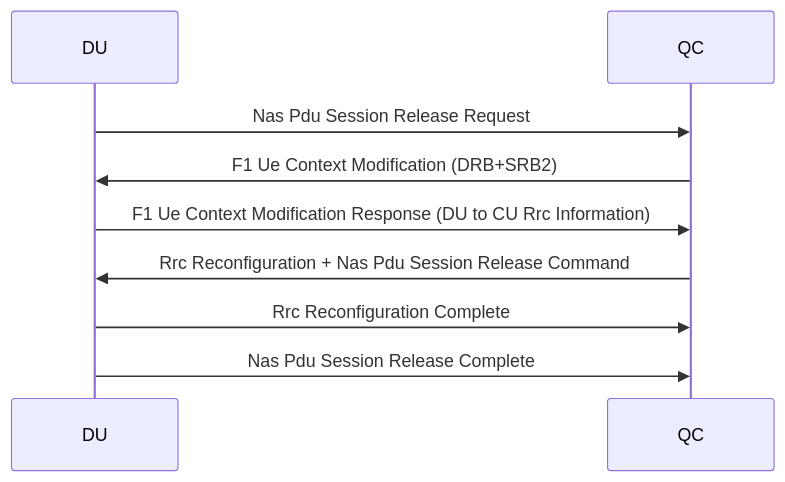
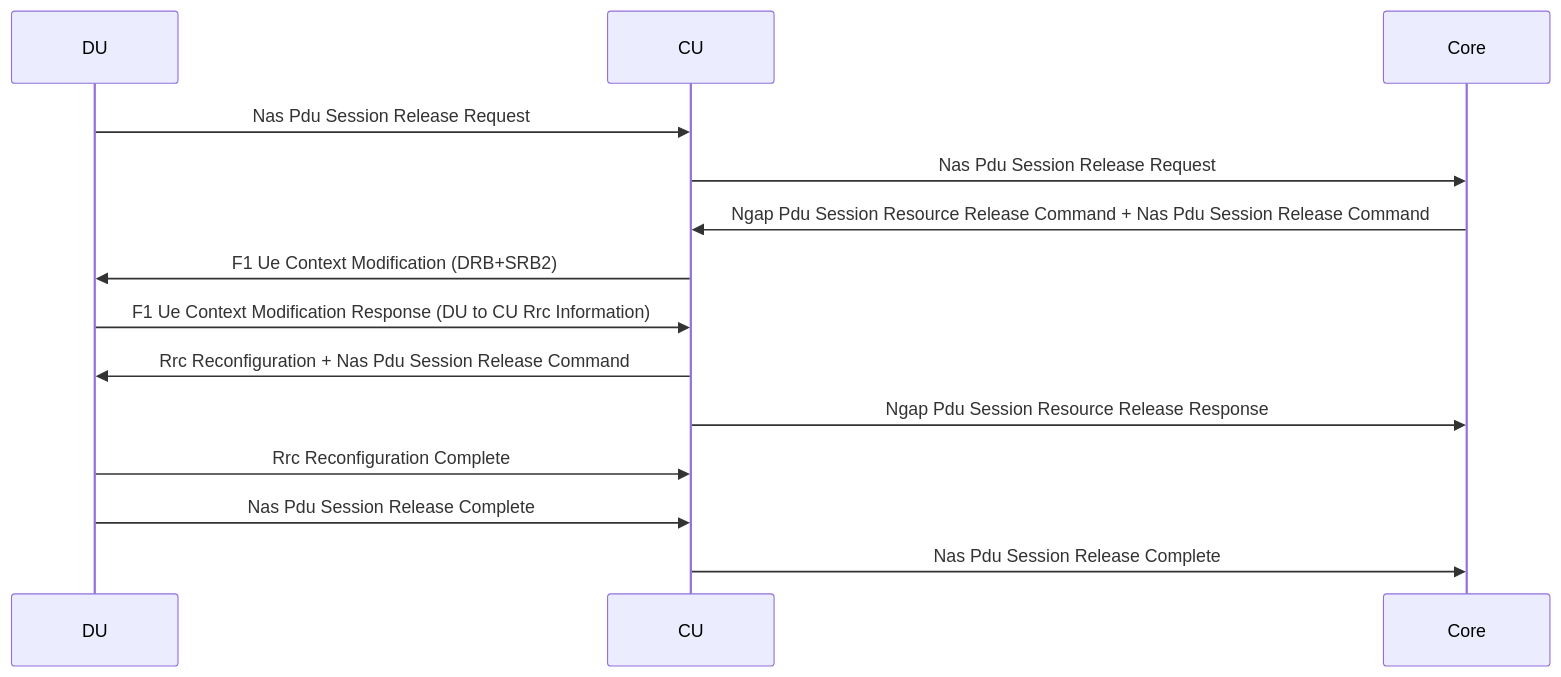
Before and after one commit to nplrkn/qcore: the diagram in docs/designs - existing/pdu_session_release.md, drawn with Mermaid. The commit also changed other lines of this file and 1 other file, not shown here.

````diff
--- a/docs/designs - existing/pdu_session_release.md
+++ b/docs/designs - existing/pdu_session_release.md
@@ -19,11 +1,16 @@
 ```mermaid
 sequenceDiagram
   participant DU
-  participant QC
-  DU->>QC: Nas Pdu Session Release Request
-  QC->>DU: F1 Ue Context Modification (DRB+SRB2) 
-  DU->>QC: F1 Ue Context Modification Response (DU to CU Rrc Information)
-  QC->>DU: Rrc Reconfiguration + Nas Pdu Session Release Command 
-  DU->>QC: Rrc Reconfiguration Complete
-  DU->>QC: Nas Pdu Session Release Complete
+  participant CU
+  participant Core
+  DU->>CU: Nas Pdu Session Release Request
+  CU->>Core: Nas Pdu Session Release Request
+  Core->>CU: Ngap Pdu Session Resource Release Command + Nas Pdu Session Release Command  
+  CU->>DU: F1 Ue Context Modification (DRB+SRB2) 
+  DU->>CU: F1 Ue Context Modification Response (DU to CU Rrc Information)
+  CU->>DU: Rrc Reconfiguration + Nas Pdu Session Release Command 
+  CU->>Core: Ngap Pdu Session Resource Release Response
+  DU->>CU: Rrc Reconfiguration Complete
+  DU->>CU: Nas Pdu Session Release Complete
+  CU->>Core: Nas Pdu Session Release Complete
 ```
````
